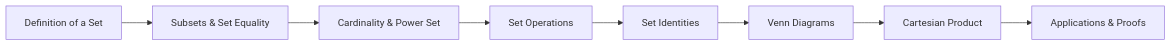
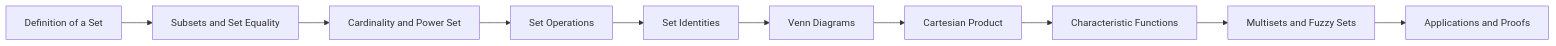
Before and after one commit to Raushan666java/ai-engineering-journey: the first of 3 diagrams in docs/courses/discrete-mathematics/01-sets.md, drawn with Mermaid. The commit also changed other lines of this file and 62 other files, not shown here.

````diff
--- a/docs/courses/discrete-mathematics/01-sets.md
+++ b/docs/courses/discrete-mathematics/01-sets.md
@@ -30,10 +34,12 @@
 ```mermaid
 flowchart LR
-    A[Definition of a Set] --> B[Subsets & Set Equality]
-    B --> C[Cardinality & Power Set]
+    A[Definition of a Set] --> B[Subsets and Set Equality]
+    B --> C[Cardinality and Power Set]
     C --> D[Set Operations]
     D --> E[Set Identities]
     E --> F[Venn Diagrams]
     F --> G[Cartesian Product]
-    G --> H[Applications & Proofs]
+    G --> H[Characteristic Functions]
+    H --> I[Multisets and Fuzzy Sets]
+    I --> J[Applications and Proofs]
 ```
````
